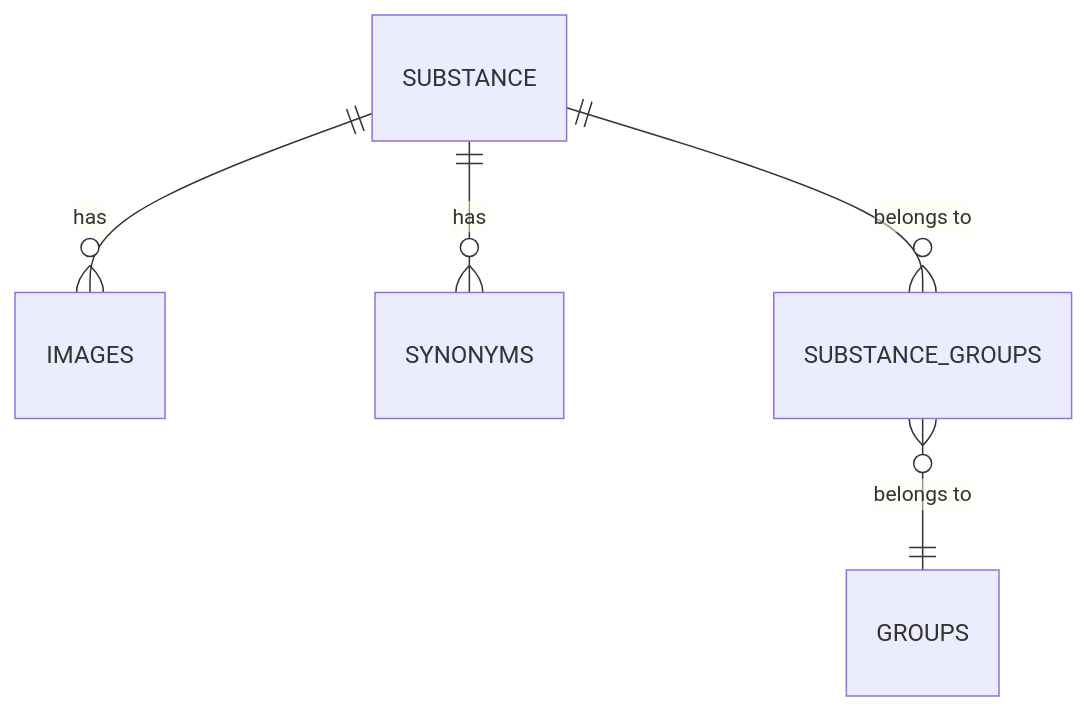
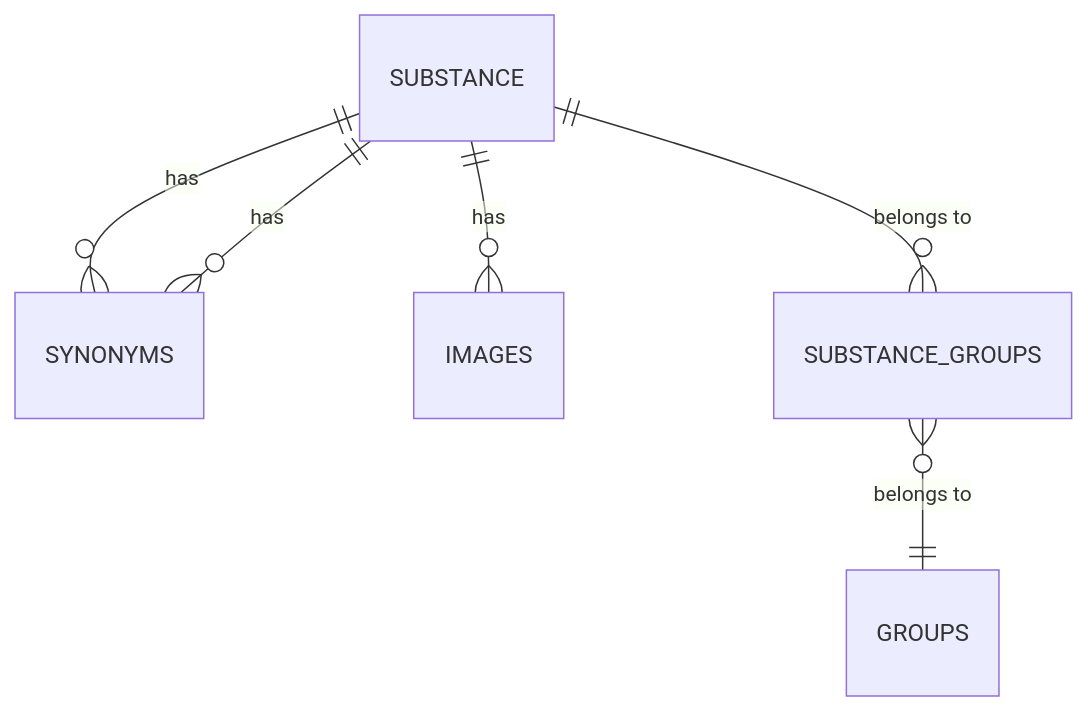
The diagram in README.md (3n3a-school/substanz-datenbank), drawn with Mermaid before and after one commit. The commit also changed other lines of this file, not shown here.

````diff
--- a/README.md
+++ b/README.md
@@ -5,7 +31,8 @@
 ```mermaid
 erDiagram
+  SUBSTANCE ||--o{ SYNONYMS : has
   SUBSTANCE ||--o{ IMAGES : has
   SUBSTANCE ||--o{ SYNONYMS : has
   SUBSTANCE ||--o{ SUBSTANCE_GROUPS : "belongs to"
   SUBSTANCE_GROUPS }o--|| GROUPS : "belongs to"
 ```
````
